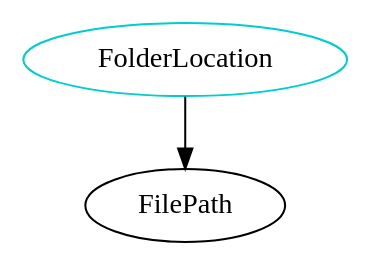
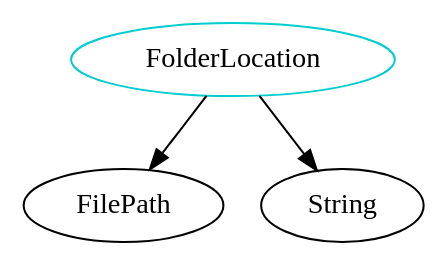
Before and after one commit to JacquesCarette/Drasil: the diagram in analysis/TypeDependencyGraphs/website/FolderLocation.dot, drawn with Graphviz. The commit also changed 211 other files, not shown here.

```diff
--- a/analysis/TypeDependencyGraphs/website/FolderLocation.dot
+++ b/analysis/TypeDependencyGraphs/website/FolderLocation.dot
@@ -1,4 +1,5 @@
 digraph folderlocation{
 FolderLocation -> FilePath;
+FolderLocation -> String;
 FolderLocation	[shape=oval, color=cyan3, label="FolderLocation"];
 }
```
